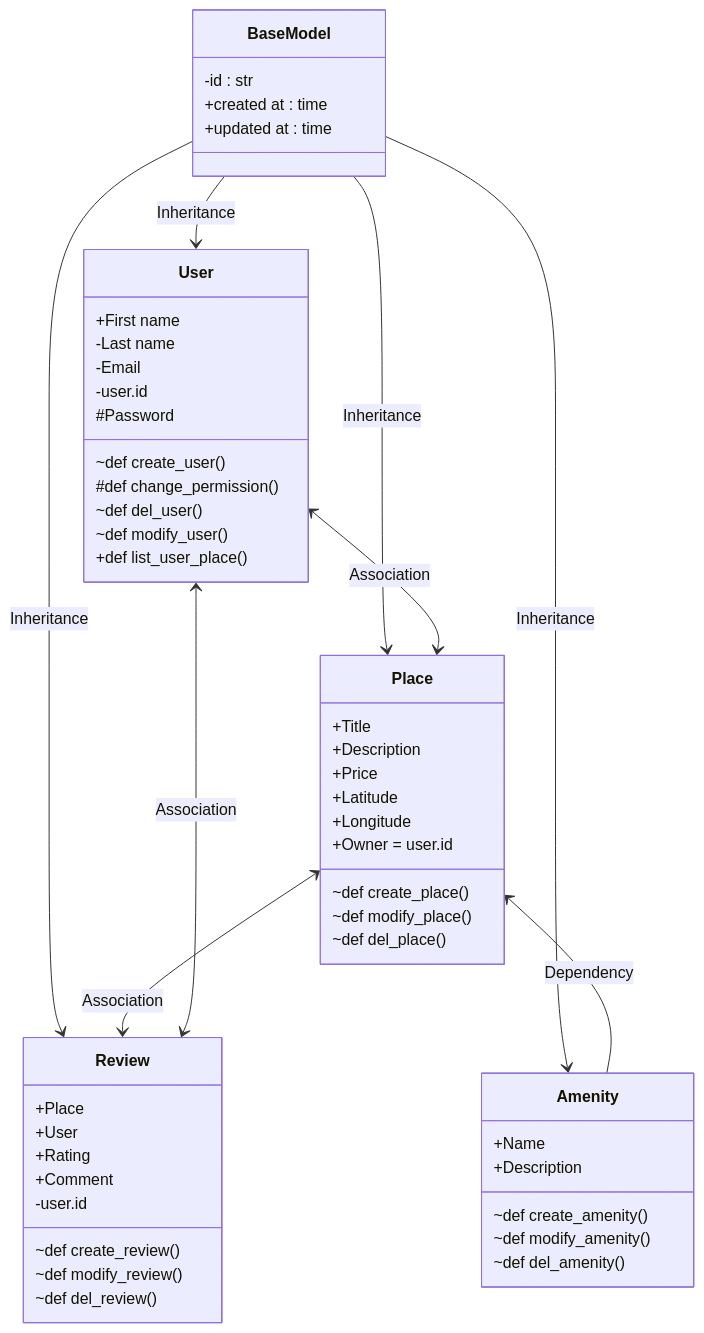
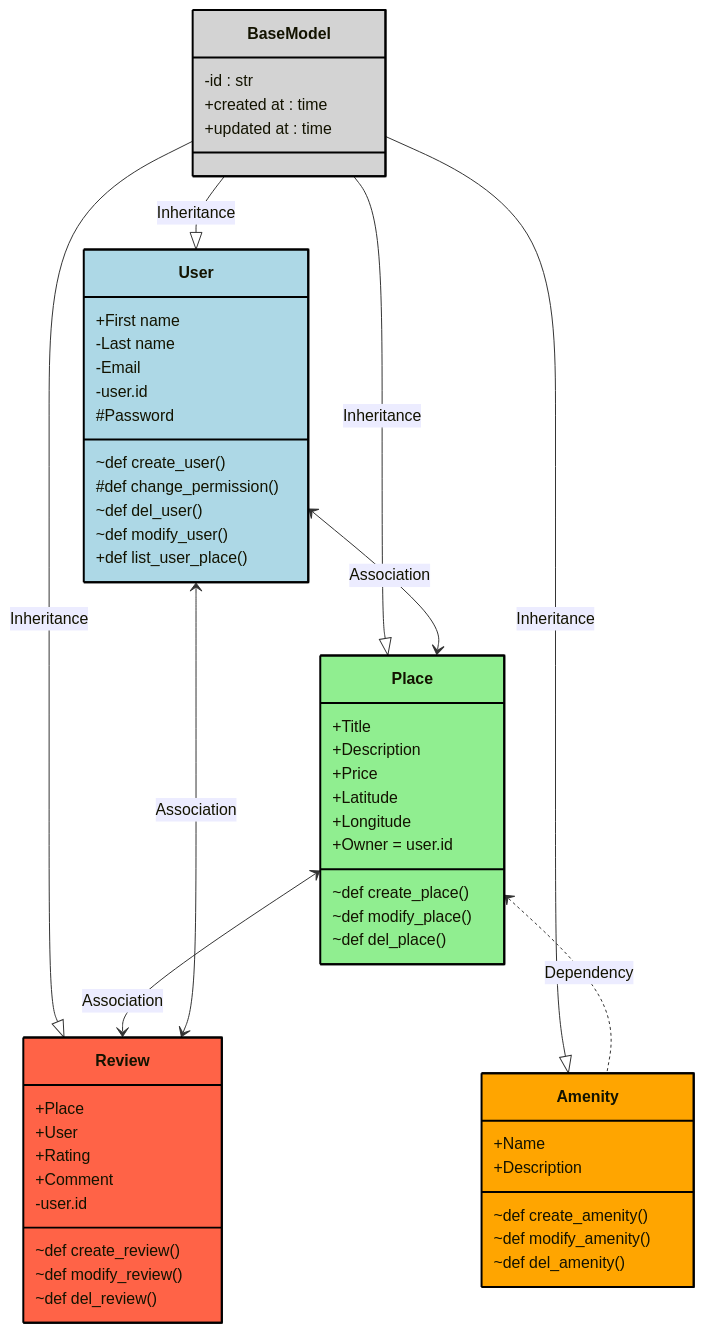
One commit to KillianRipoche/holbertonschool-higher_level_programming changed the diagram in README.md. Above: the diagram before and after it, drawn with Mermaid.

Commit message:
test mermaid

````diff
--- a/README.md
+++ b/README.md
@@ -2,57 +2,65 @@
 ```mermaid
 classDiagram
+direction TB
+
 class BaseModel{
 -id : str
 +created at : time
 +updated at : time
 }
 class User{
 +First name
 -Last name
 -Email
 -user.id
 #Password
 ~def create_user()
 #def change_permission()
 ~def del_user()
 ~def modify_user()
 +def list_user_place()
 }
 class Place{
 +Title
 +Description
 +Price
 +Latitude
 +Longitude
 +Owner = user.id
 ~def create_place()
 ~def modify_place()
 ~def del_place()
 }
 class Amenity{
 +Name
 +Description
 ~def create_amenity()
 ~def modify_amenity()
 ~def del_amenity()
 }
 class Review{
 +Place
 +User
 +Rating
 +Comment
 -user.id
 ~def create_review()
 ~def modify_review()
 ~def del_review()
 }
 
-BaseModel --> User : Inheritance
-BaseModel --> Place : Inheritance
-BaseModel --> Amenity : Inheritance
-BaseModel --> Review : Inheritance
-Place <-- Amenity : Dependency
+BaseModel --|> User : Inheritance
+BaseModel --|> Place : Inheritance
+BaseModel --|> Amenity : Inheritance
+BaseModel --|> Review : Inheritance
+Place <.. Amenity : Dependency
 Place <--> Review : Association
 User <--> Review : Association
 User <--> Place : Association
+
+style BaseModel fill:#d3d3d3,stroke:#000,stroke-width:2px;
+style User fill:#ADD8E6,stroke:#000,stroke-width:2px;
+style Place fill:#90EE90,stroke:#000,stroke-width:2px;
+style Amenity fill:#FFA500,stroke:#000,stroke-width:2px;
+style Review fill:#FF6347,stroke:#000,stroke-width:2px;
 ```
````
